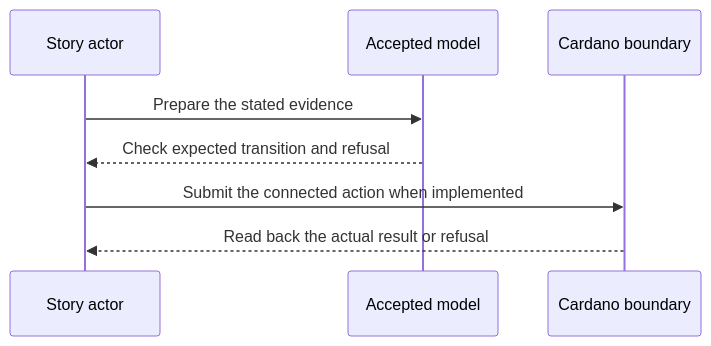
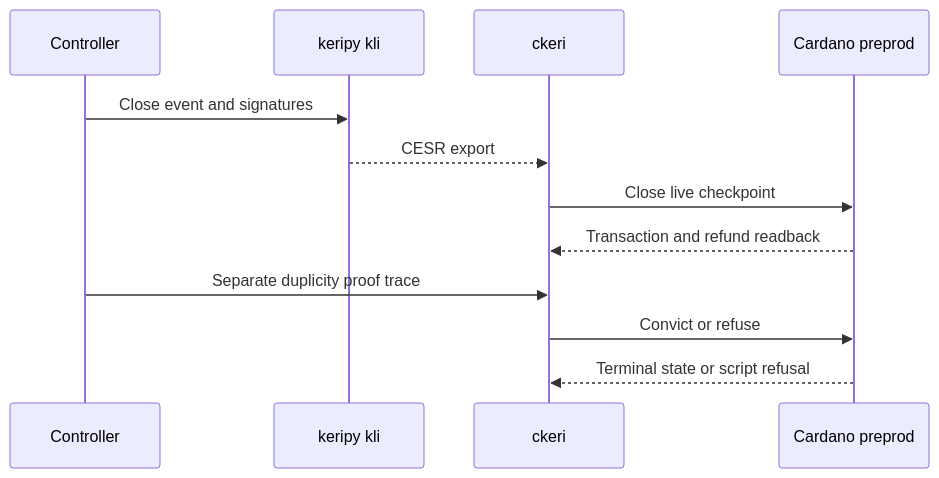
Before and after one commit to lambdasistemi/cardano-keri: the diagram in docs/demos/d07-close-convict.md, drawn with Mermaid. The commit also changed other lines of this file and 20 other files, not shown here.

Commit message:
docs: record keripy and ckeri preprod V1 baseline

````diff
--- a/docs/demos/d07-close-convict.md
+++ b/docs/demos/d07-close-convict.md
@@ -52,10 +11,14 @@
 ```mermaid
 sequenceDiagram
-    participant A as Story actor
-    participant M as Accepted model
-    participant C as Cardano boundary
-    A->>M: Prepare the stated evidence
-    M-->>A: Check expected transition and refusal
-    A->>C: Submit the connected action when implemented
-    C-->>A: Read back the actual result or refusal
+    participant Controller
+    participant KLI as keripy kli
+    participant CKERI as ckeri
+    participant Chain as Cardano preprod
+    Controller->>KLI: Close event and signatures
+    KLI-->>CKERI: CESR export
+    CKERI->>Chain: Close live checkpoint
+    Chain-->>CKERI: Transaction and refund readback
+    Controller->>CKERI: Separate duplicity proof trace
+    CKERI->>Chain: Convict or refuse
+    Chain-->>CKERI: Terminal state or script refusal
 ```
````
